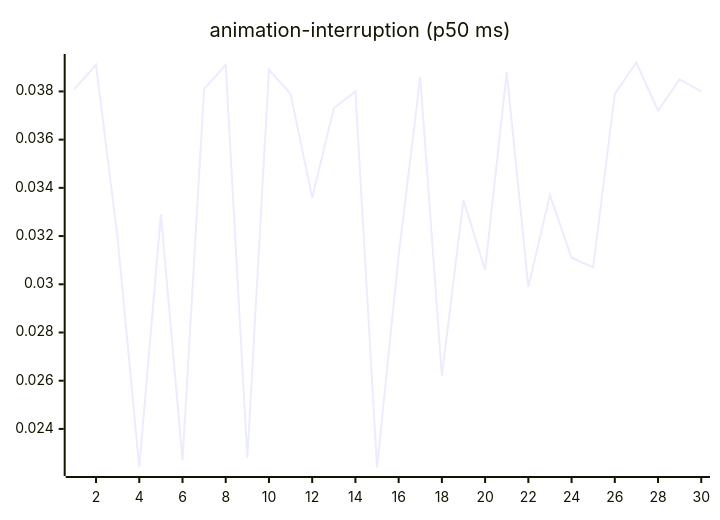
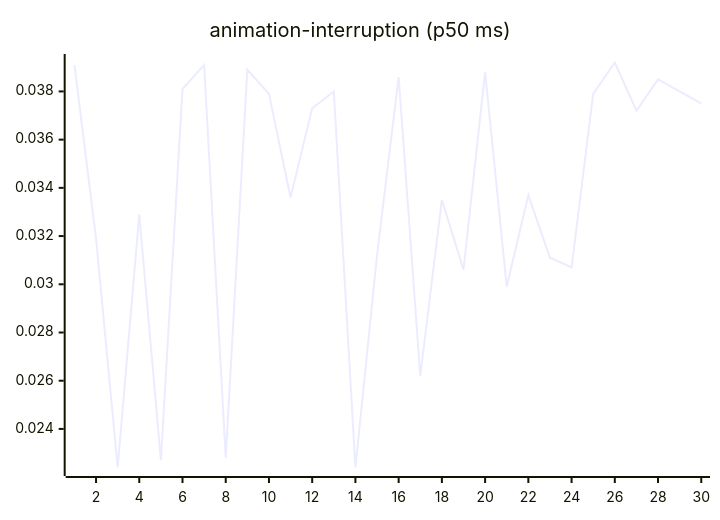
Before and after one commit to josha/Facet: the third of 27 diagrams in README.md, drawn with Mermaid. The commit also changed other lines of this file and 2 other files, not shown here.

````diff
--- a/README.md
+++ b/README.md
@@ -77,6 +77,6 @@
 ```mermaid
 xychart-beta
     title "animation-interruption (p50 ms)"
     x-axis 1 --> 30
-    line [0.0381, 0.0391, 0.0319, 0.0224, 0.0329, 0.0227, 0.0381, 0.0391, 0.0228, 0.0389, 0.0379, 0.0336, 0.0373, 0.0380, 0.0224, 0.0312, 0.0386, 0.0262, 0.0335, 0.0306, 0.0388, 0.0299, 0.0337, 0.0311, 0.0307, 0.0379, 0.0392, 0.0372, 0.0385, 0.0380]
+    line [0.0391, 0.0319, 0.0224, 0.0329, 0.0227, 0.0381, 0.0391, 0.0228, 0.0389, 0.0379, 0.0336, 0.0373, 0.0380, 0.0224, 0.0312, 0.0386, 0.0262, 0.0335, 0.0306, 0.0388, 0.0299, 0.0337, 0.0311, 0.0307, 0.0379, 0.0392, 0.0372, 0.0385, 0.0380, 0.0375]
 ```
````
